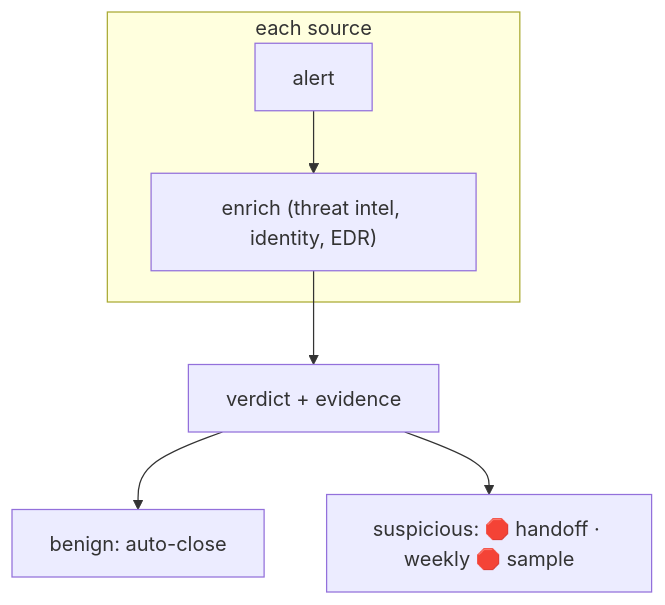
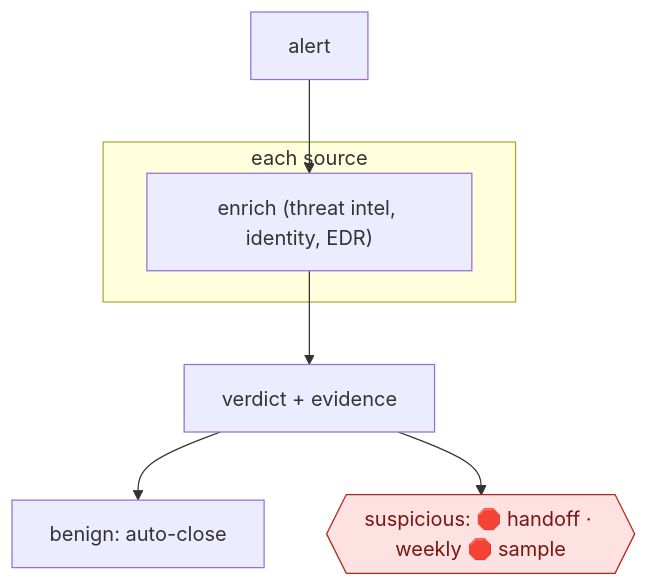
Before and after one commit to milesradford99/agent-workflow-atlas: the diagram in workflows/TEC/ITS/SECOPS/alert-enrich-and-adjudicate/README.md, drawn with Mermaid. The commit also changed 171 other files, not shown here.

````diff
--- a/workflows/TEC/ITS/SECOPS/alert-enrich-and-adjudicate/README.md
+++ b/workflows/TEC/ITS/SECOPS/alert-enrich-and-adjudicate/README.md
@@ -29,15 +29,15 @@
 ```mermaid
 flowchart TD
   n1["alert"]
   subgraph s2["each source"]
   n3["enrich (threat intel, identity, EDR)"]
-  n1 --> n3
   end
   n4["verdict + evidence"]
+  n5["benign: auto-close"]
+  n6{{"suspicious: 🛑 handoff · weekly 🛑 sample"}}:::stop
+  n1 --> n3
   n3 --> n4
-  n5["benign: auto-close"]
   n4 --> n5
-  n6["suspicious: 🛑 handoff · weekly 🛑 sample"]
   n4 --> n6
   classDef stop fill:#fde2e1,stroke:#b42318,color:#7a1610
 ```
````
